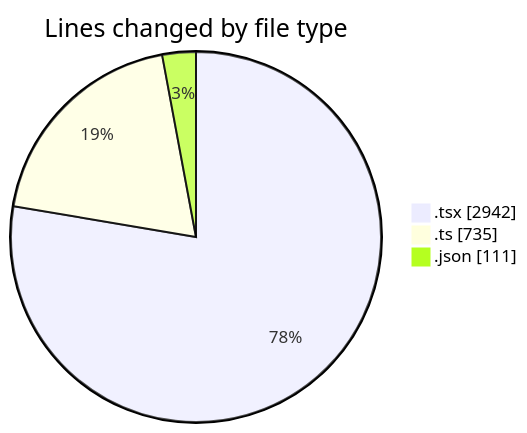
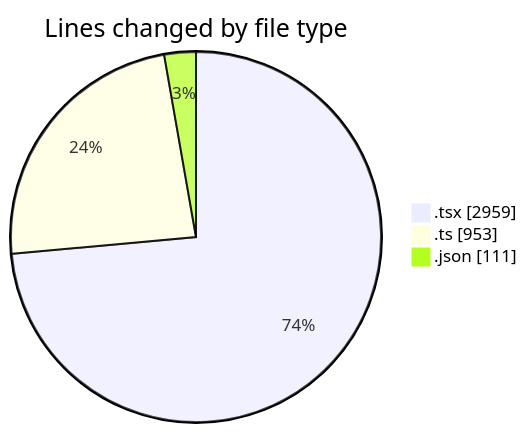
One commit to julien-gomy/code-tracking changed the first of 2 diagrams in 2025-11-08/eventscop-frontend-guide__workspace_/README.md. Above: the diagram before and after it, drawn with Mermaid. The commit also changed other lines of this file and 1 other file, not shown here.

````diff
--- a/2025-11-08/eventscop-frontend-guide__workspace_/README.md
+++ b/2025-11-08/eventscop-frontend-guide__workspace_/README.md
@@ -52,7 +53,7 @@
 ```mermaid
 pie showData
 title Lines changed by file type
-".tsx" : 2942
-".ts" : 735
+".tsx" : 2959
+".ts" : 953
 ".json" : 111
 ```
````
